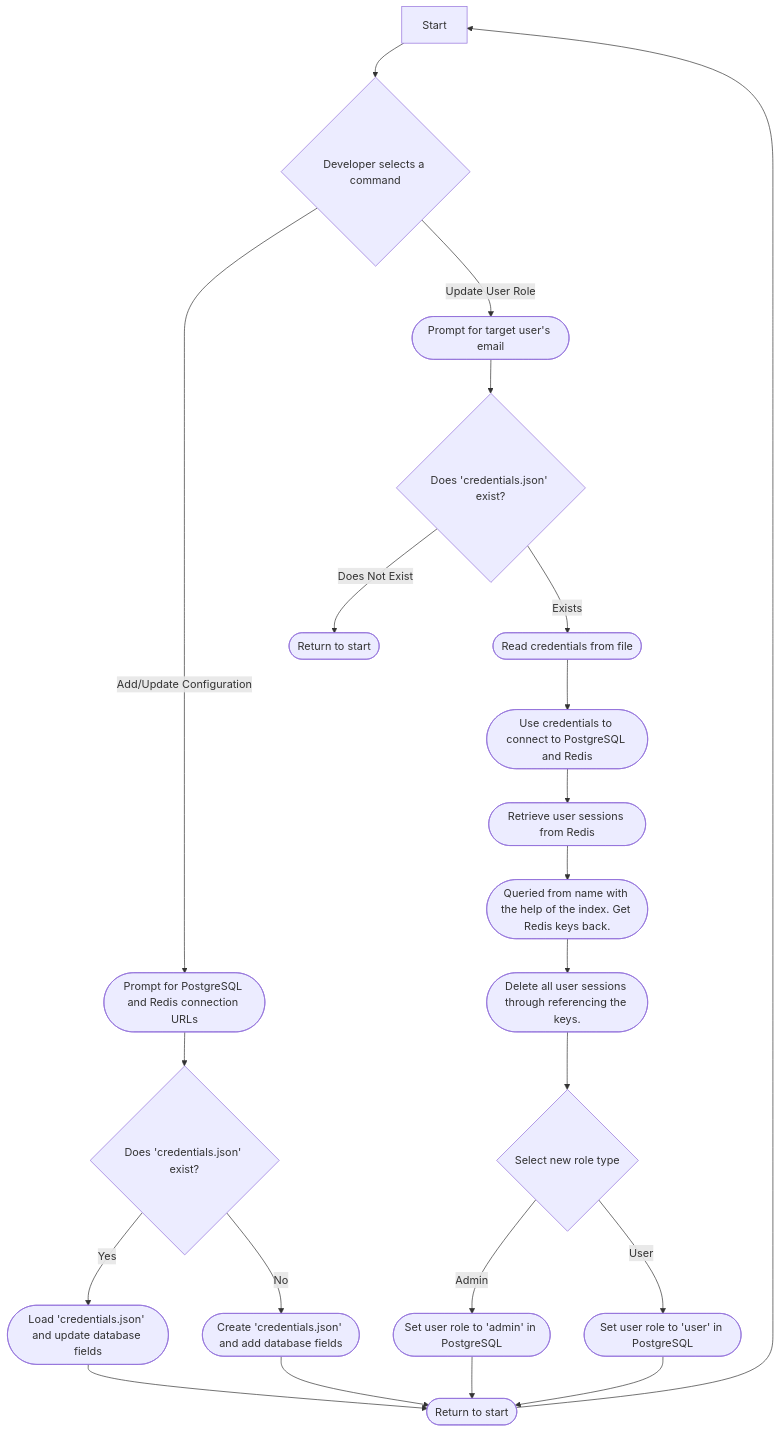
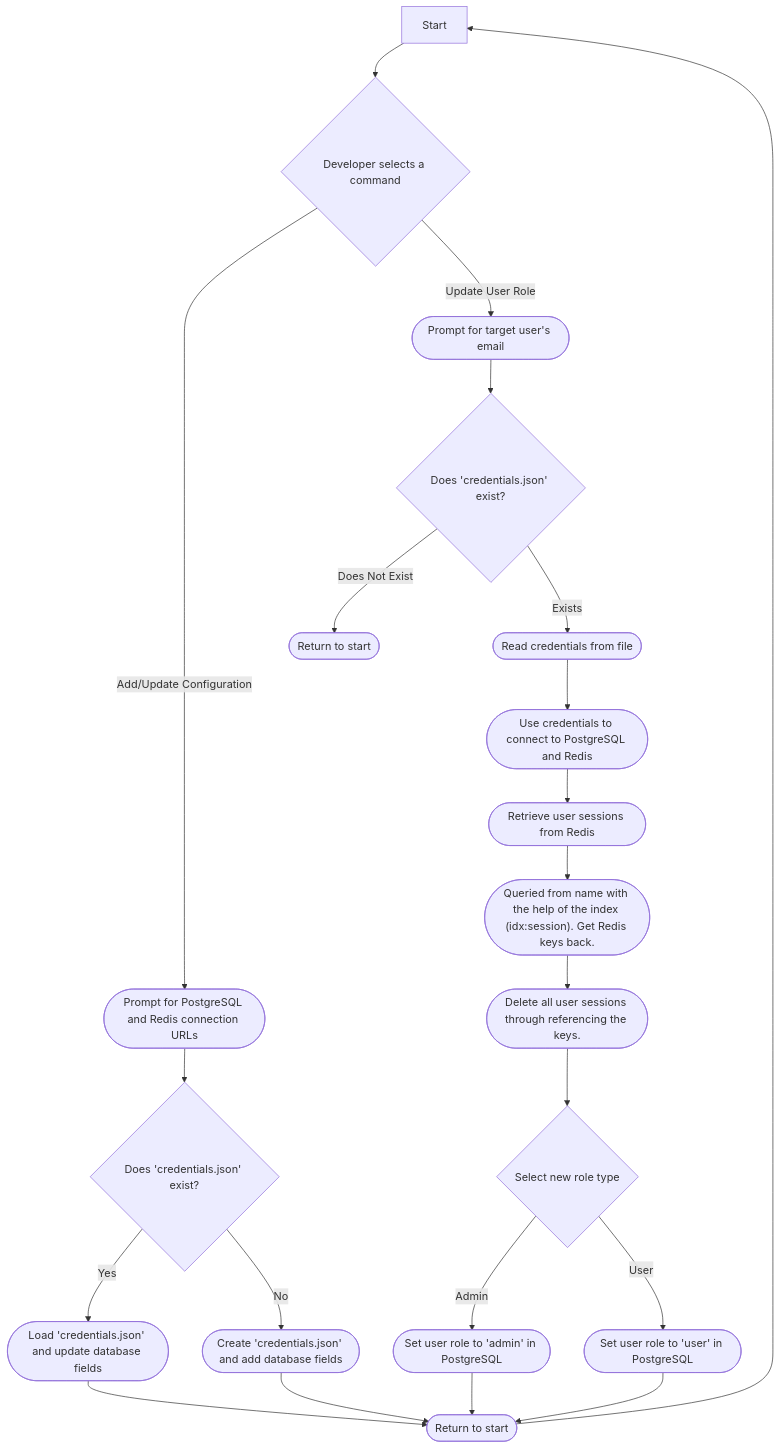
One commit to Hemit99123/stocksavvy-software-designs changed the diagram in ract.md. Above: the diagram before and after it, drawn with Mermaid.

````diff
--- a/ract.md
+++ b/ract.md
@@ -5,27 +5,27 @@
 ```mermaid
 flowchart 
     Start["Start"] --> CommandChoice{"Developer selects a command"}
     
     CommandChoice -- Add/Update Configuration --> RequestDBCredentials(["Prompt for PostgreSQL and Redis connection URLs"])
     RequestDBCredentials --> CheckConfigFile{"Does 'credentials.json' exist?"}
     CheckConfigFile -- Yes --> LoadAndUpdateConfig(["Load 'credentials.json' and update database fields"])
     CheckConfigFile -- No --> CreateConfigFile(["Create 'credentials.json' and add database fields"])
     LoadAndUpdateConfig --> ReturnToStart(["Return to start"])
     CreateConfigFile --> ReturnToStart
 
     CommandChoice -- Update User Role --> RequestUserEmail(["Prompt for target user's email"])
     RequestUserEmail --> CheckCredentialsFile{"Does 'credentials.json' exist?"}
     CheckCredentialsFile -- Exists --> ReadCredentials(["Read credentials from file"])
     CheckCredentialsFile -- Does Not Exist --> ReturnToStart2(["Return to start"])
     ReadCredentials --> ConnectToDB(["Use credentials to connect to PostgreSQL and Redis"])
     ConnectToDB --> RetrieveUserData(["Retrieve user sessions from Redis"])
-    RetrieveUserData --> QueryFromIndex(["Queried from name with the help of the index. Get Redis keys back."])
+    RetrieveUserData --> QueryFromIndex(["Queried from name with the help of the index (idx:session). Get Redis keys back."])
     QueryFromIndex --> DeleteUserSessions(["Delete all user sessions through referencing the keys."])
 
     DeleteUserSessions --> PromptForRoleChange{"Select new role type"}
     PromptForRoleChange -- Admin --> UpdateToAdmin(["Set user role to 'admin' in PostgreSQL"])
     PromptForRoleChange -- User --> UpdateToUser(["Set user role to 'user' in PostgreSQL"])
     UpdateToAdmin --> ReturnToStart
     UpdateToUser --> ReturnToStart
     ReturnToStart --> Start
 ```
````
